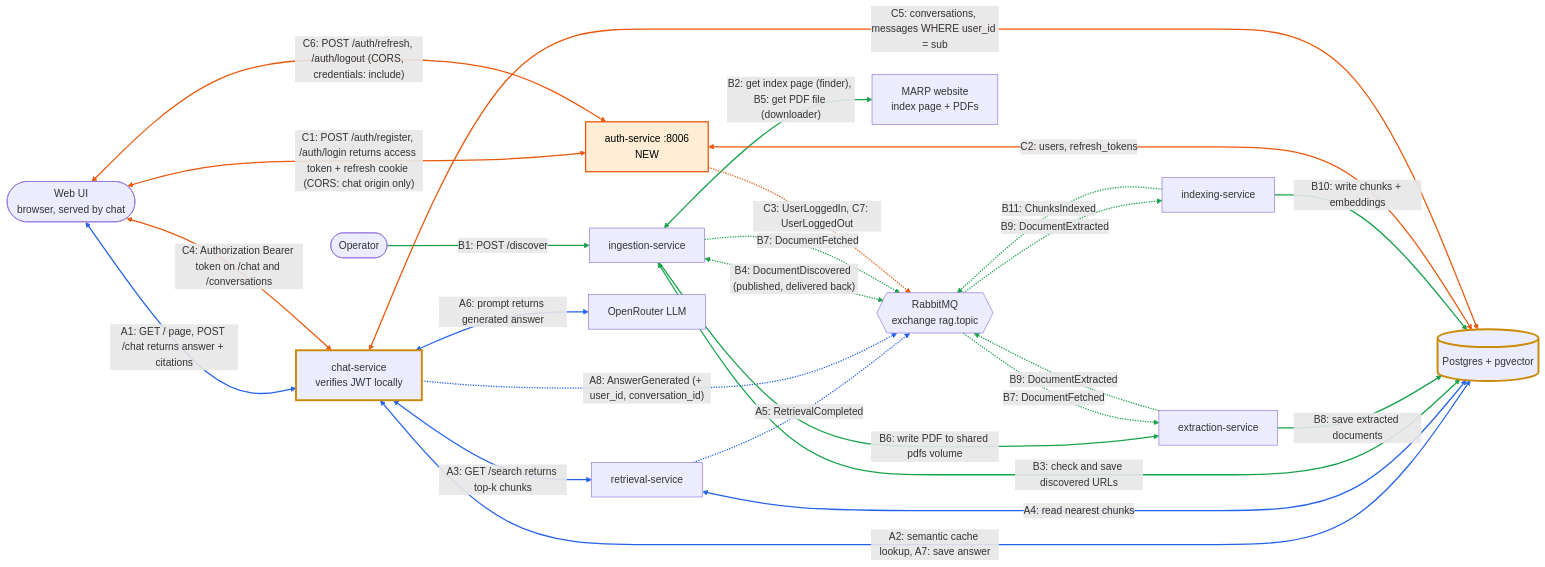
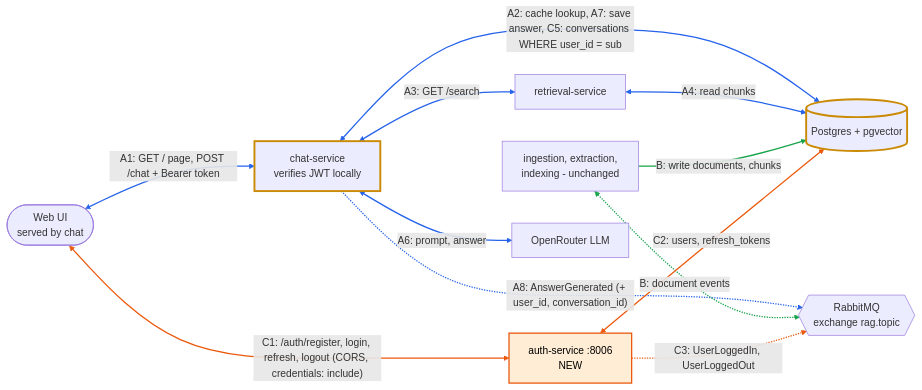
The diagram in docs/design-tier1-auth-sessions.md (AmrTaoumi/RAG-Chatbot), drawn with Mermaid before and after one commit. The commit also changed other lines of this file and 2 other files, not shown here.

Commit message:
docs(auth): trim the content to 2 pages and render as PDF

````diff
--- a/docs/design-tier1-auth-sessions.md
+++ b/docs/design-tier1-auth-sessions.md
@@ -36,55 +27,32 @@
-```mermaid  
+```mermaid
 flowchart LR
-    OP([Operator])
-    UI([Web UI<br/>browser, served by chat])
+    UI([Web UI<br/>served by chat])
     CHAT[chat-service<br/>verifies JWT locally]
     AUTH[auth-service :8006<br/>NEW]
     RET[retrieval-service]
-    ING[ingestion-service]
-    EXT[extraction-service]
-    IDX[indexing-service]
+    PIPE[ingestion, extraction,<br/>indexing - unchanged]
     MQ{{RabbitMQ<br/>exchange rag.topic}}
     DB[(Postgres + pgvector)]
     LLM[OpenRouter LLM]
-    MARP[MARP website<br/>index page + PDFs]
 
-    %% A: answering a question
-    UI <-->|"A1: GET / page, POST /chat returns answer + citations"| CHAT
-    CHAT <-->|"A2: semantic cache lookup, A7: save answer"| DB
-    CHAT <-->|"A3: GET /search returns top-k chunks"| RET
-    RET <-->|"A4: read nearest chunks"| DB
-    RET -.->|"A5: RetrievalCompleted"| MQ
-    CHAT <-->|"A6: prompt returns generated answer"| LLM
+    UI <-->|"A1: GET / page, POST /chat + Bearer token"| CHAT
+    CHAT <-->|"A2: cache lookup, A7: save answer, C5: conversations WHERE user_id = sub"| DB
+    CHAT <-->|"A3: GET /search"| RET
+    CHAT <-->|"A6: prompt, answer"| LLM
     CHAT -.->|"A8: AnswerGenerated (+ user_id, conversation_id)"| MQ
+    RET <-->|"A4: read chunks"| DB
+    PIPE <-.->|"B: document events"| MQ
+    PIPE -->|"B: write documents, chunks"| DB
+    UI <-->|"C1: /auth/register, login, refresh, logout (CORS, credentials: include)"| AUTH
+    AUTH <-->|"C2: users, refresh_tokens"| DB
+    AUTH -.->|"C3: UserLoggedIn, UserLoggedOut"| MQ
 
-    %% B: loading documents
-    OP -->|"B1: POST /discover"| ING
-    ING <-->|"B2: get index page (finder), B5: get PDF file (downloader)"| MARP
-    ING <-->|"B3: check and save discovered URLs"| DB
-    ING <-.->|"B4: DocumentDiscovered (published, delivered back)"| MQ
-    ING -->|"B6: write PDF to shared pdfs volume"| EXT
-    ING -.->|"B7: DocumentFetched"| MQ
-    MQ -.->|"B7: DocumentFetched"| EXT
-    EXT -->|"B8: save extracted documents"| DB
-    EXT -.->|"B9: DocumentExtracted"| MQ
-    MQ -.->|"B9: DocumentExtracted"| IDX
-    IDX -->|"B10: write chunks + embeddings"| DB
-    IDX -.->|"B11: ChunksIndexed"| MQ
-
-    %% C: Tier 1, authentication and sessions (new)
-    UI <-->|"C1: POST /auth/register, /auth/login returns access token + refresh cookie (CORS: chat origin only)"| AUTH
-    AUTH <-->|"C2: users, refresh_tokens"| DB
-    AUTH -.->|"C3: UserLoggedIn, C7: UserLoggedOut"| MQ
-    UI <-->|"C4: Authorization Bearer token on /chat and /conversations"| CHAT
-    CHAT <-->|"C5: conversations, messages WHERE user_id = sub"| DB
-    UI <-->|"C6: POST /auth/refresh, /auth/logout (CORS, credentials: include)"| AUTH
-
-    linkStyle 0,1,2,3,4,5,6 stroke:#2563eb,stroke-width:2px
-    linkStyle 7,8,9,10,11,12,13,14,15,16,17,18 stroke:#16a34a,stroke-width:2px
-    linkStyle 19,20,21,22,23,24 stroke:#ea580c,stroke-width:2px
+    linkStyle 0,1,2,3,4,5 stroke:#2563eb,stroke-width:2px
+    linkStyle 6,7 stroke:#16a34a,stroke-width:2px
+    linkStyle 8,9,10 stroke:#ea580c,stroke-width:2px
 
     classDef new fill:#ffedd5,stroke:#ea580c,stroke-width:2px,color:#000
     classDef changed stroke:#ca8a04,stroke-width:3px
     class AUTH new
     class CHAT,DB changed
-``` 
+```
````
